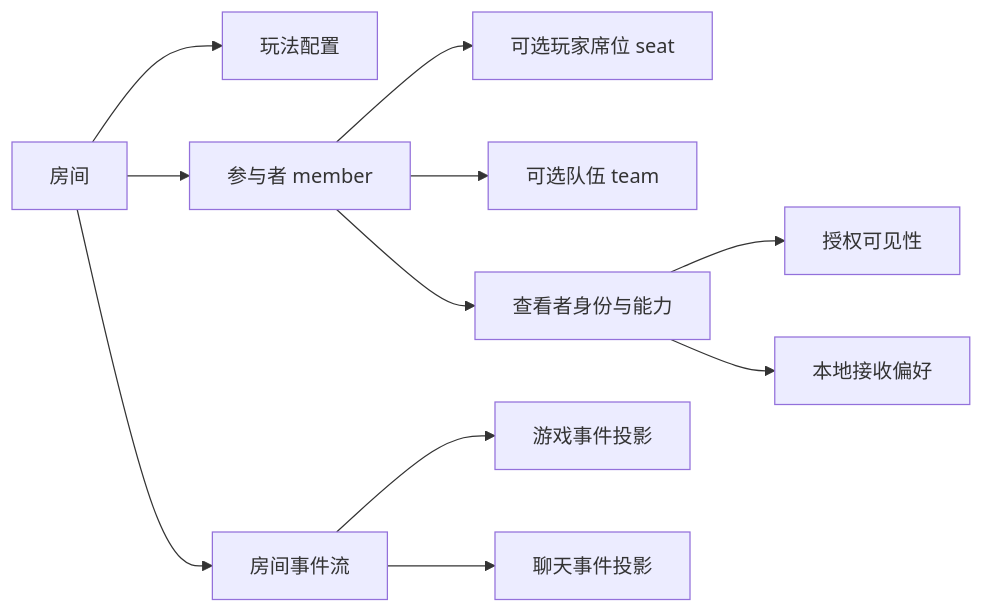
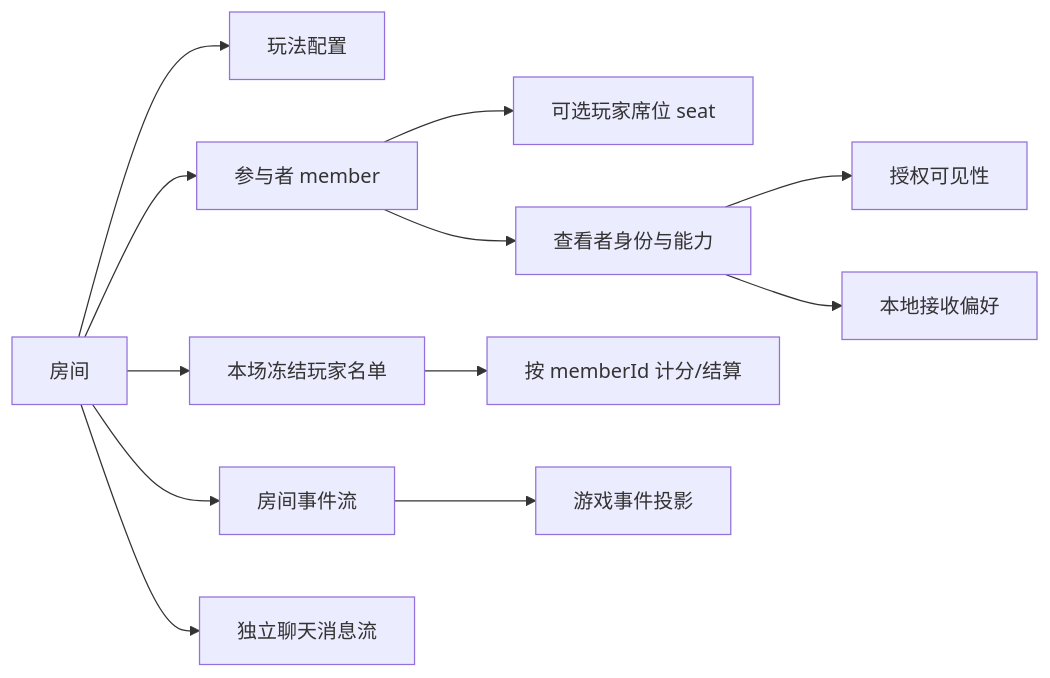
Before and after one commit to jachinzhang1/TouhouFlandre: the fourth of 6 diagrams in docs/multiplayer-expansion/README.md, drawn with Mermaid. The commit also changed other lines of this file and 10 other files, not shown here.

Commit message:
docs(multiplayer): refine expansion roadmap

````diff
--- a/docs/multiplayer-expansion/README.md
+++ b/docs/multiplayer-expansion/README.md
@@ -108,13 +110,14 @@
 ```mermaid
 flowchart LR
     R[房间] --> C[玩法配置]
     R --> P[参与者 member]
     P --> S[可选玩家席位 seat]
-    P --> T[可选队伍 team]
     P --> V[查看者身份与能力]
+    R --> MR[本场冻结玩家名单]
+    MR --> SC[按 memberId 计分/结算]
     R --> E[房间事件流]
     E --> G[游戏事件投影]
-    E --> M[聊天事件投影]
+    R --> M[独立聊天消息流]
     V --> A[授权可见性]
     V --> F[本地接收偏好]
 ```
````
